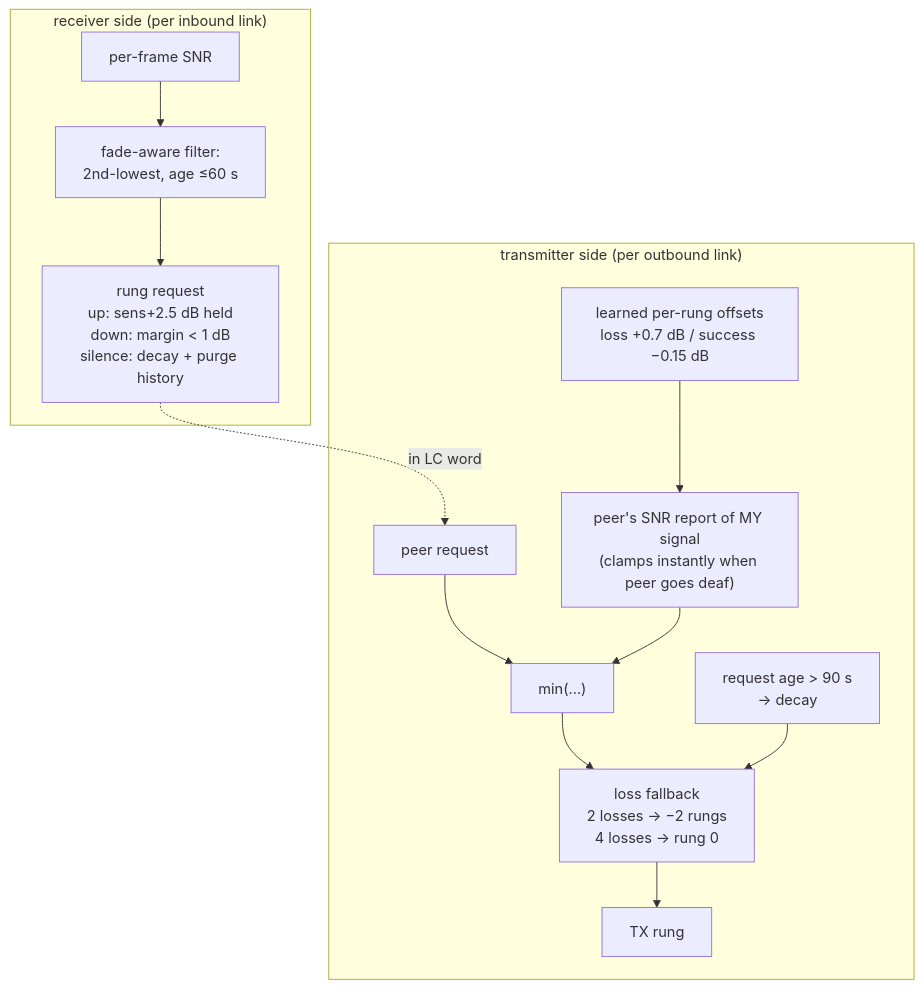
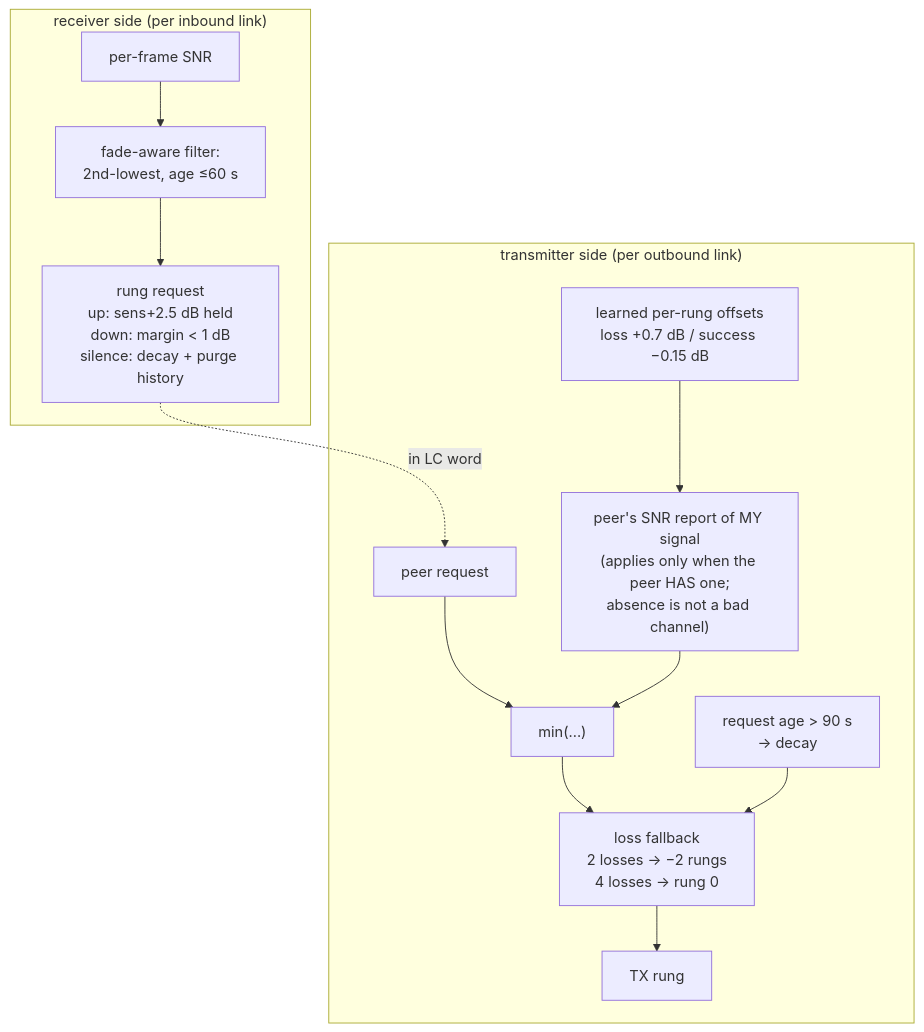
The second of 5 diagrams in docs/link.md (phoenix367/ham_ofdm_transceiver), drawn with Mermaid before and after one commit. The commit also changed other lines of this file and 9 other files, not shown here.

````diff
--- a/docs/link.md
+++ b/docs/link.md
@@ -35,15 +47,15 @@
 ```mermaid
 flowchart TD
     subgraph RXside["receiver side (per inbound link)"]
         M["per-frame SNR"] --> FLT["fade-aware filter:<br/>2nd-lowest, age ≤60 s"]
         FLT --> REQ["rung request<br/>up: sens+2.5 dB held<br/>down: margin < 1 dB<br/>silence: decay + purge history"]
     end
     subgraph TXside["transmitter side (per outbound link)"]
         PR["peer request"] --> MIN
-        CAP["peer's SNR report of MY signal<br/>(clamps instantly when peer goes deaf)"] --> MIN
+        CAP["peer's SNR report of MY signal<br/>(applies only when the peer HAS one;<br/>absence is not a bad channel)"] --> MIN
         OFF["learned per-rung offsets<br/>loss +0.7 dB / success −0.15 dB"] --> CAP
         MIN["min(...)"] --> LOSS["loss fallback<br/>2 losses → −2 rungs<br/>4 losses → rung 0"] --> RUNG["TX rung"]
         STALE["request age > 90 s<br/>→ decay"] --> LOSS
     end
     REQ -. "in LC word" .-> PR
 ```
````
